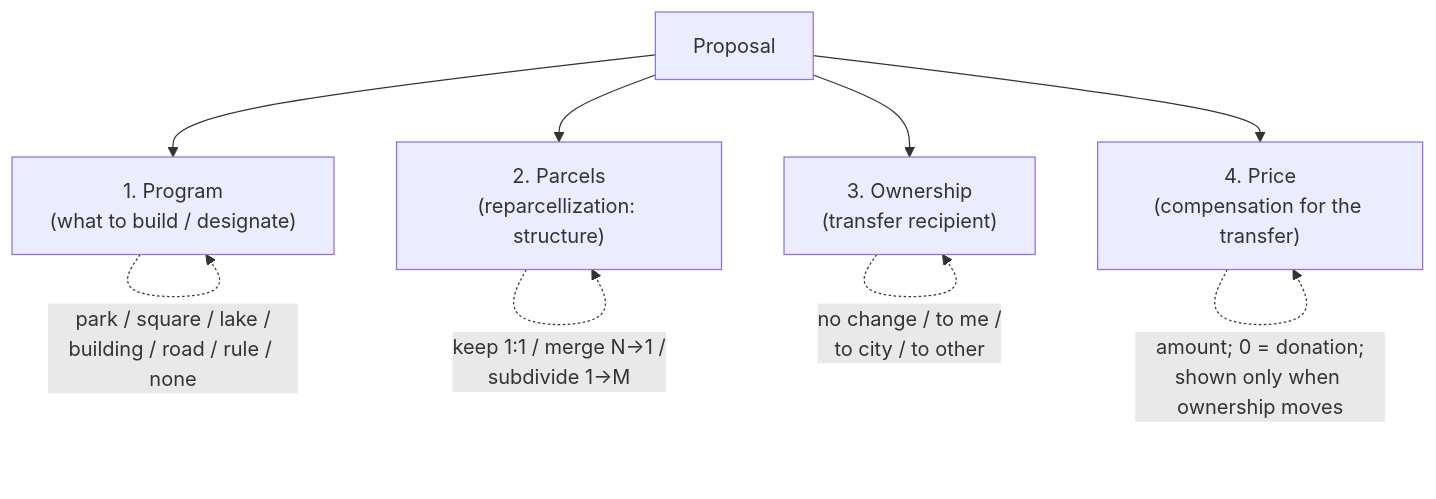
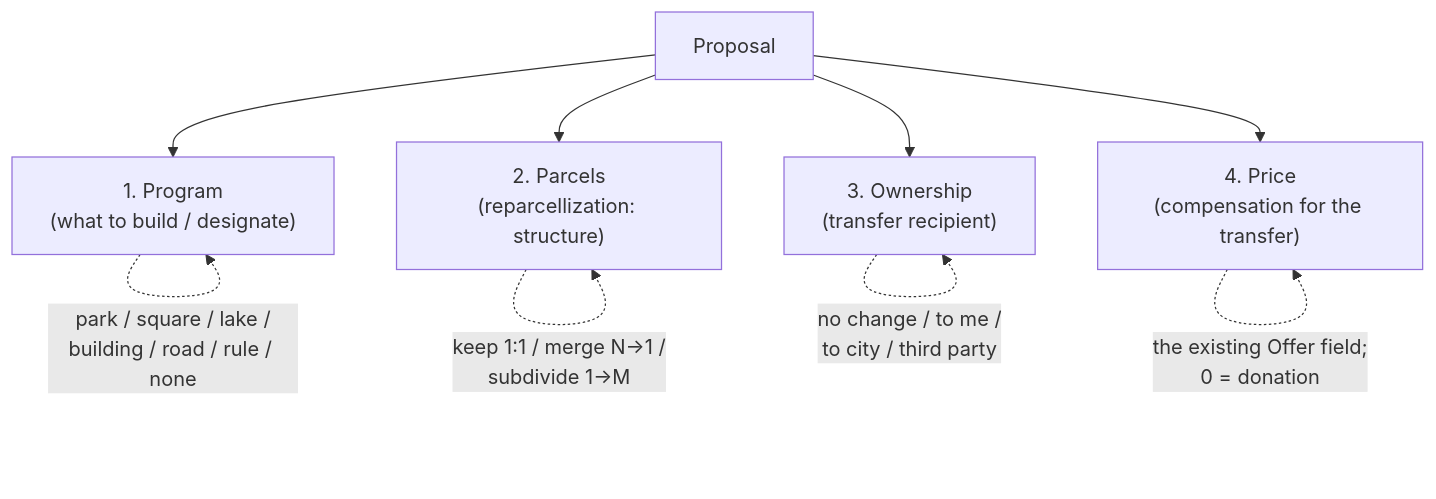
The diagram in feature-proposal-goals.md (Poglavar/consensus-builder), drawn with Mermaid before and after one commit. The commit also changed other lines of this file and 7 other files, not shown here.

First line of the commit message:
Wire proposal facets into execution: ownership transfers, sale flow, recipient consent (Tiers 0–2)

````diff
--- a/feature-proposal-goals.md
+++ b/feature-proposal-goals.md
@@ -39,12 +39,12 @@
 ```mermaid
 flowchart TD
     P["Proposal"] --> PR["1. Program<br/>(what to build / designate)"]
     P --> RE["2. Parcels<br/>(reparcellization: structure)"]
     P --> OW["3. Ownership<br/>(transfer recipient)"]
     P --> PC["4. Price<br/>(compensation for the transfer)"]
 
     PR -.->|"park / square / lake /<br/>building / road / rule / none"| PR
     RE -.->|"keep 1:1 / merge N→1 /<br/>subdivide 1→M"| RE
-    OW -.->|"no change / to me /<br/>to city / to other"| OW
-    PC -.->|"amount; 0 = donation;<br/>shown only when ownership moves"| PC
+    OW -.->|"no change / to me /<br/>to city / third party"| OW
+    PC -.->|"the existing Offer field;<br/>0 = donation"| PC
 ```
````
